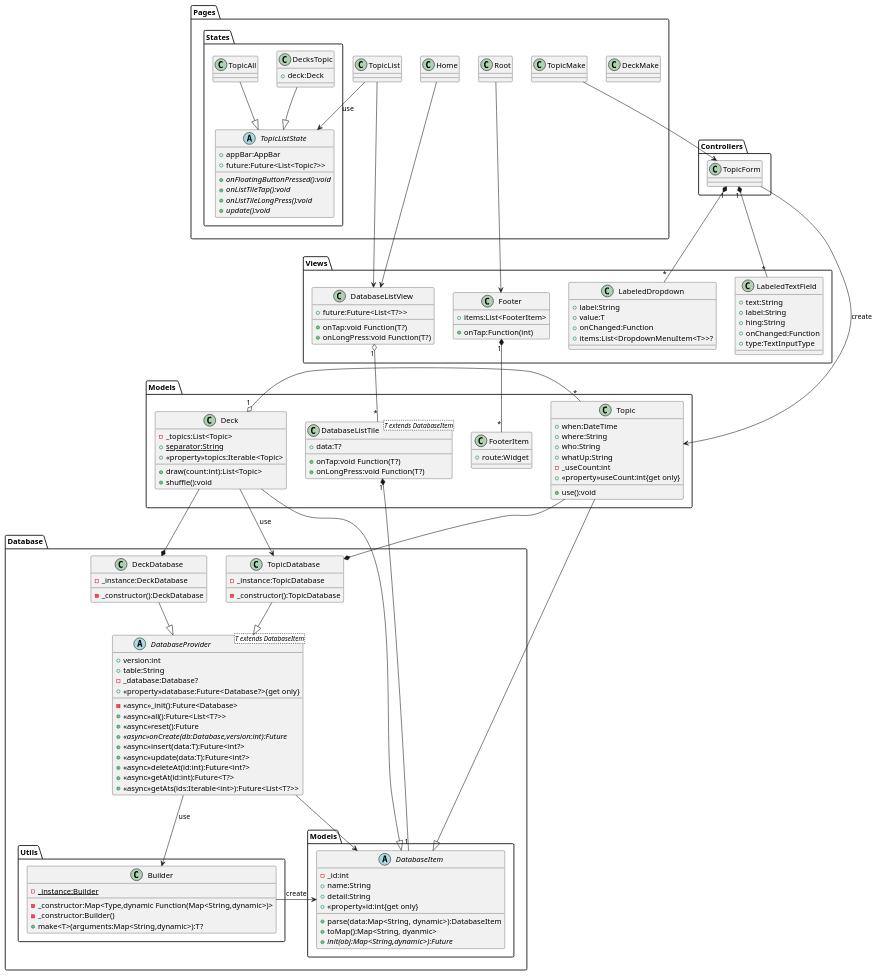
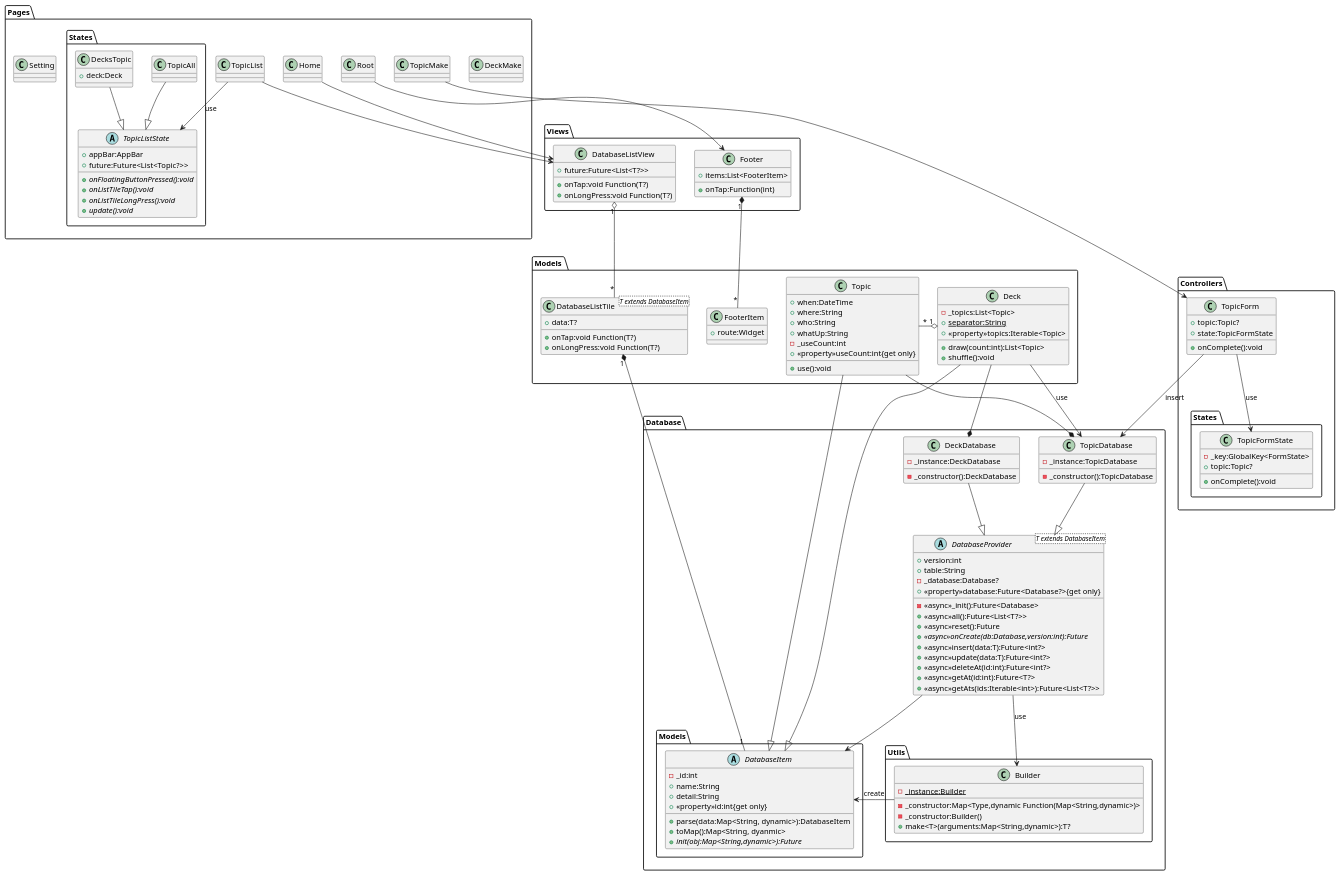
One commit to nmskm240/conversation_deck changed the diagram in classDiagram.pu. Above: the diagram before and after it, drawn with PlantUML. The commit also changed 5 other files, not shown here.

```diff
--- a/classDiagram.pu
+++ b/classDiagram.pu
@@ -1,174 +1,173 @@
 @startuml Conversation deck cards
 package Controllers
 {
+    package "States "
+    {
+        class TopicFormState
+        {
+            -_key:GlobalKey<FormState>
+            +topic:Topic?
+            +onComplete():void
+        }
+    }
     class TopicForm
+    {
+        +topic:Topic?
+        +state:TopicFormState
+        +onComplete():void
+    }
 }
 
 package Database
 {
     package Models
     {
         abstract DatabaseItem
         {
             -_id:int
             +name:String
             +detail:String
             +<<property>>id:int{get only}
             +parse(data:Map<String, dynamic>):DatabaseItem
             +toMap():Map<String, dyanmic>
             +{abstract}init(obj:Map<String,dynamic>):Future
         }
     }
     package Utils
     {
         class Builder
         {
             -_constructor:Map<Type,dynamic Function(Map<String,dynamic>)>
             -{static}_instance:Builder
             -_constructor:Builder()
             +make<T>(arguments:Map<String,dynamic>):T?
         }
     }
     abstract DatabaseProvider<T extends DatabaseItem>
     {
         +version:int
         +table:String
         -_database:Database?
         +<<property>>database:Future<Database?>{get only}
         -<<async>>_init():Future<Database>
         +<<async>>all():Future<List<T?>>
         +<<async>>reset():Future
         +{abstract}<<async>>onCreate(db:Database,version:int):Future
         +<<async>>insert(data:T):Future<int?>
         +<<async>>update(data:T):Future<int?>
         +<<async>>deleteAt(id:int):Future<int?>
         +<<async>>getAt(id:int):Future<T?>
         +<<async>>getAts(ids:Iterable<int>):Future<List<T?>>
     }
     class DeckDatabase
     {
         -_instance:DeckDatabase
         -_constructor():DeckDatabase
     }
     class TopicDatabase
     {
         -_instance:TopicDatabase
         -_constructor():TopicDatabase
     }
 }
 
 package "Models "
 {
     class DatabaseListTile<T extends DatabaseItem>
     {
         +data:T?
         +onTap:void Function(T?)
         +onLongPress:void Function(T?)
     }
     class Deck
     {
         -_topics:List<Topic>
         +{static}separator:String
         +<<property>>topics:Iterable<Topic>
         +draw(count:int):List<Topic>
         +shuffle():void
     }
     class FooterItem
     {
         +route:Widget
     }
     class Topic
     {
         +when:DateTime
         +where:String
         +who:String
         +whatUp:String
         -_useCount:int
         +<<property>>useCount:int{get only}
         +use():void
     }
 }
 package Pages
 {
     package States
     {
         abstract TopicListState
         {
             +appBar:AppBar
             +future:Future<List<Topic?>>
             +{abstract}onFloatingButtonPressed():void
             +{abstract}onListTileTap():void
             +{abstract}onListTileLongPress():void
             +{abstract}update():void
         }
         class TopicAll
         class DecksTopic
         {
             +deck:Deck
         }
     }
     class DeckMake
     class Home
     class Root
     class TopicList
     class TopicMake
+    class Setting
 }
 package Views
 {
     class DatabaseListView
     {
         +future:Future<List<T?>>
         +onTap:void Function(T?)
         +onLongPress:void Function(T?)
     }
     class Footer
     {
         +items:List<FooterItem>
         +onTap:Function(int)
     }
-    class LabeledDropdown
-    {
-        +label:String
-        +value:T
-        +onChanged:Function
-        +items:List<DropdownMenuItem<T>>?
-    }
-    class LabeledTextField
-    {
-        +text:String
-        +label:String
-        +hing:String
-        +onChanged:Function
-        +type:TextInputType
-    }
 }
 
 DatabaseProvider --> DatabaseItem
 DatabaseProvider --> Builder : use
 Deck --> TopicDatabase : use
 Root --> Footer
 Home --> DatabaseListView
 TopicList --> DatabaseListView
 TopicMake --> TopicForm
-TopicForm --> Topic : create
+TopicForm --> TopicDatabase : insert
 Builder -left-> DatabaseItem : create
 TopicList --> TopicListState : use
+TopicForm --> TopicFormState : use
 
 DeckDatabase --|> DatabaseProvider
 TopicDatabase --|> DatabaseProvider
 Deck --|> DatabaseItem
 Topic --|> DatabaseItem
 TopicAll --|> TopicListState
 DecksTopic --|> TopicListState
 
 DeckDatabase *-up- Deck
 TopicDatabase *-up- Topic
-TopicForm "1" *-- "*" LabeledDropdown
-TopicForm "1" *-- "*" LabeledTextField
 Footer "1" *-- "*" FooterItem
 DatabaseListTile "1" *-- "1" DatabaseItem
 
 Deck "1" o-right- "*" Topic
 DatabaseListView "1" o-- "*" DatabaseListTile
 
 @enduml
```
